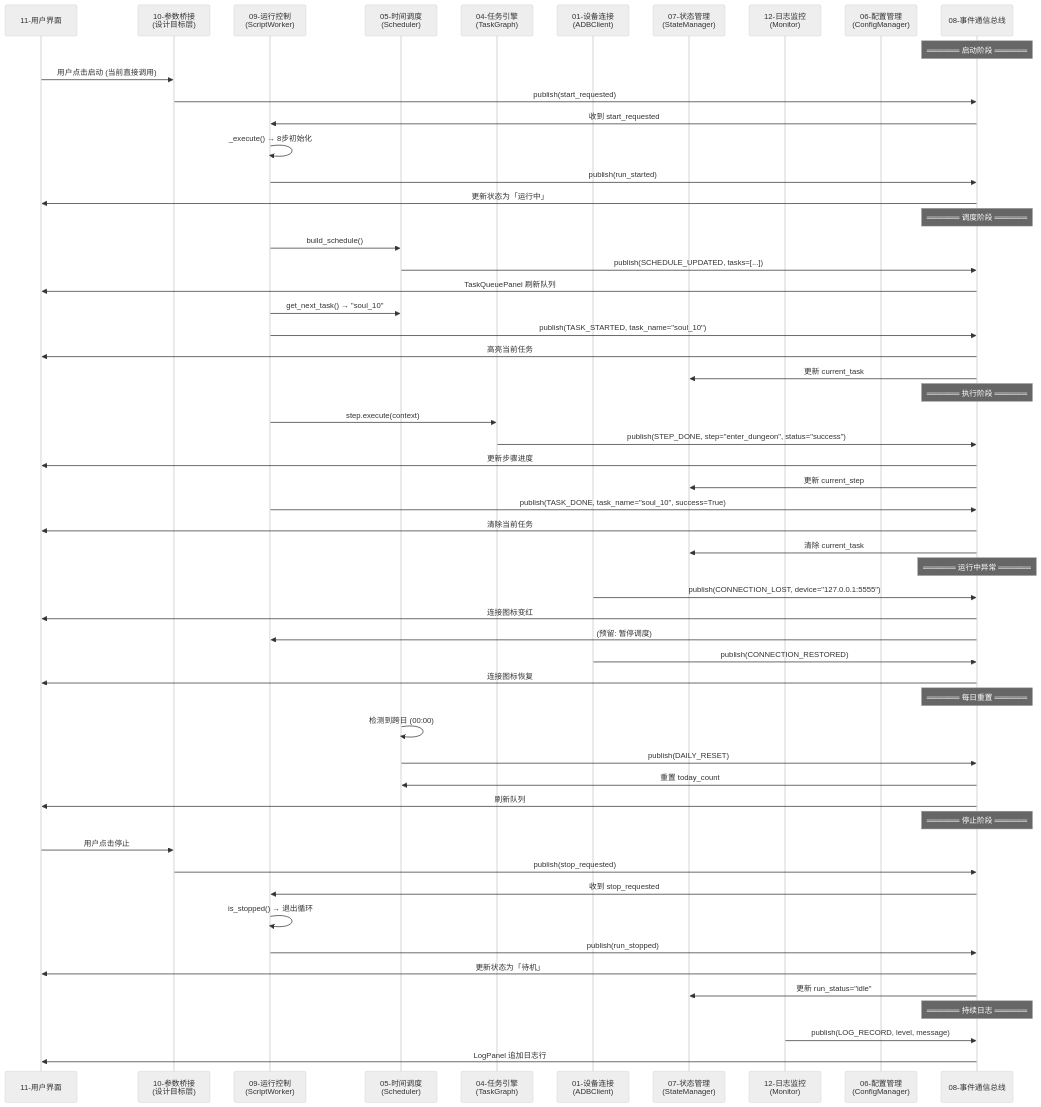
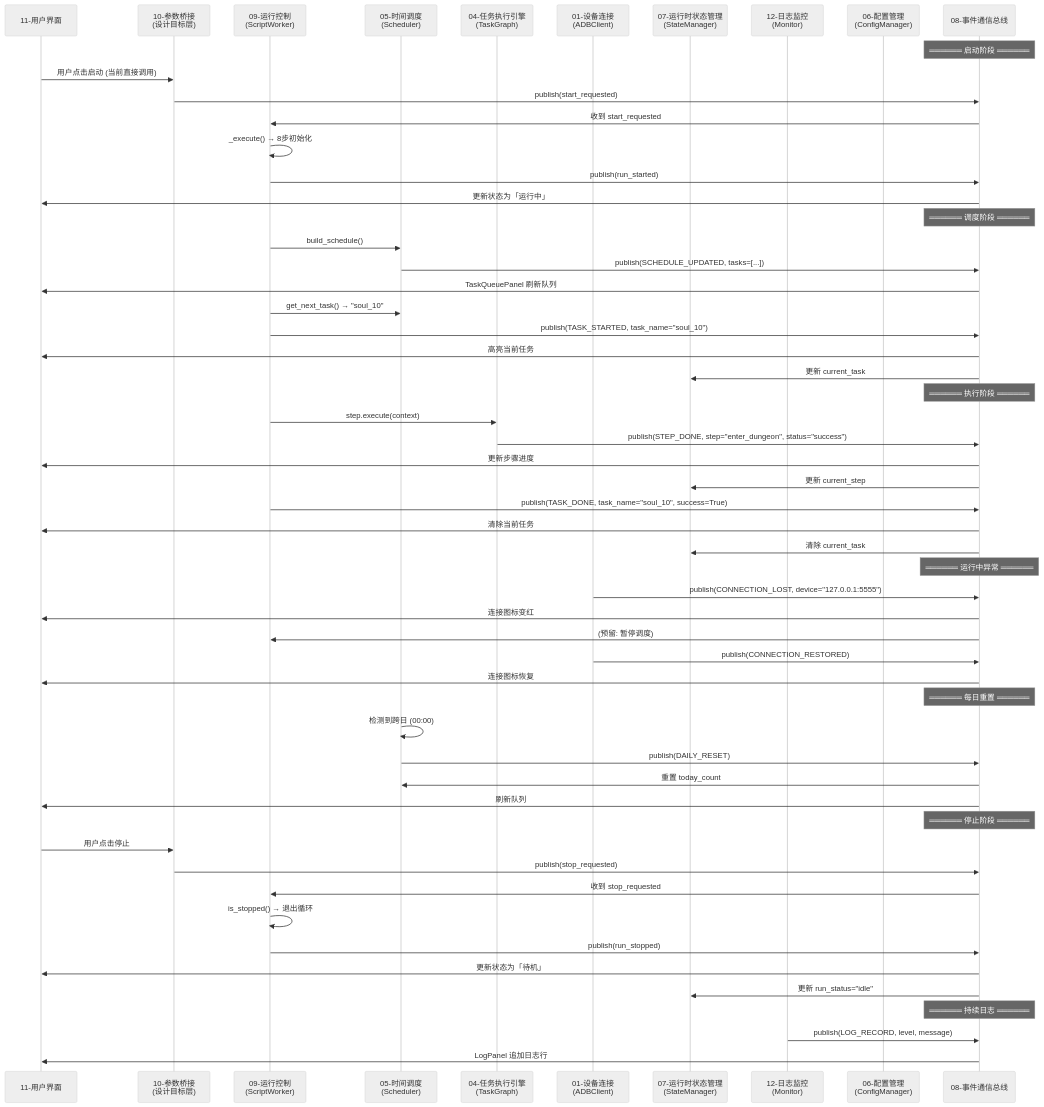
The seventh of 8 diagrams in 脚本实现/模块间交互时序图.md (quchenfeng1/yys), drawn with Mermaid (neutral theme) before and after one commit. The commit also changed other lines of this file and 41 other files, not shown here.

````diff
--- a/脚本实现/模块间交互时序图.md
+++ b/脚本实现/模块间交互时序图.md
@@ -346,68 +346,68 @@
 ```mermaid
 sequenceDiagram
     participant UI as 11-用户界面
     participant PB as 10-参数桥接<br/>(设计目标层)
     participant RC as 09-运行控制<br/>(ScriptWorker)
     participant SCH as 05-时间调度<br/>(Scheduler)
-    participant TE as 04-任务引擎<br/>(TaskGraph)
+    participant TE as 04-任务执行引擎<br/>(TaskGraph)
     participant DC as 01-设备连接<br/>(ADBClient)
-    participant SM as 07-状态管理<br/>(StateManager)
+    participant SM as 07-运行时状态管理<br/>(StateManager)
     participant MON as 12-日志监控<br/>(Monitor)
     participant CM as 06-配置管理<br/>(ConfigManager)
     participant EB as 08-事件通信总线
 
     Note over EB: ══════ 启动阶段 ══════
     UI->>PB: 用户点击启动 (当前直接调用)
     PB->>EB: publish(start_requested)
     EB->>RC: 收到 start_requested
     RC->>RC: _execute() → 8步初始化
     RC->>EB: publish(run_started)
     EB->>UI: 更新状态为「运行中」
     
     Note over EB: ══════ 调度阶段 ══════
     RC->>SCH: build_schedule()
     SCH->>EB: publish(SCHEDULE_UPDATED, tasks=[...])
     EB->>UI: TaskQueuePanel 刷新队列
     
     RC->>SCH: get_next_task() → "soul_10"
     RC->>EB: publish(TASK_STARTED, task_name="soul_10")
     EB->>UI: 高亮当前任务
     EB->>SM: 更新 current_task
     
     Note over EB: ══════ 执行阶段 ══════
     RC->>TE: step.execute(context)
     TE->>EB: publish(STEP_DONE, step="enter_dungeon", status="success")
     EB->>UI: 更新步骤进度
     EB->>SM: 更新 current_step
     
     RC->>EB: publish(TASK_DONE, task_name="soul_10", success=True)
     EB->>UI: 清除当前任务
     EB->>SM: 清除 current_task
     
     Note over EB: ══════ 运行中异常 ══════
     DC->>EB: publish(CONNECTION_LOST, device="127.0.0.1:5555")
     EB->>UI: 连接图标变红
     EB->>RC: (预留: 暂停调度)
     
     DC->>EB: publish(CONNECTION_RESTORED)
     EB->>UI: 连接图标恢复
     
     Note over EB: ══════ 每日重置 ══════
     SCH->>SCH: 检测到跨日 (00:00)
     SCH->>EB: publish(DAILY_RESET)
     EB->>SCH: 重置 today_count
     EB->>UI: 刷新队列
     
     Note over EB: ══════ 停止阶段 ══════
     UI->>PB: 用户点击停止
     PB->>EB: publish(stop_requested)
     EB->>RC: 收到 stop_requested
     RC->>RC: is_stopped() → 退出循环
     RC->>EB: publish(run_stopped)
     EB->>UI: 更新状态为「待机」
     EB->>SM: 更新 run_status="idle"
     
     Note over EB: ══════ 持续日志 ══════
     MON->>EB: publish(LOG_RECORD, level, message)
     EB->>UI: LogPanel 追加日志行
 ```
````
